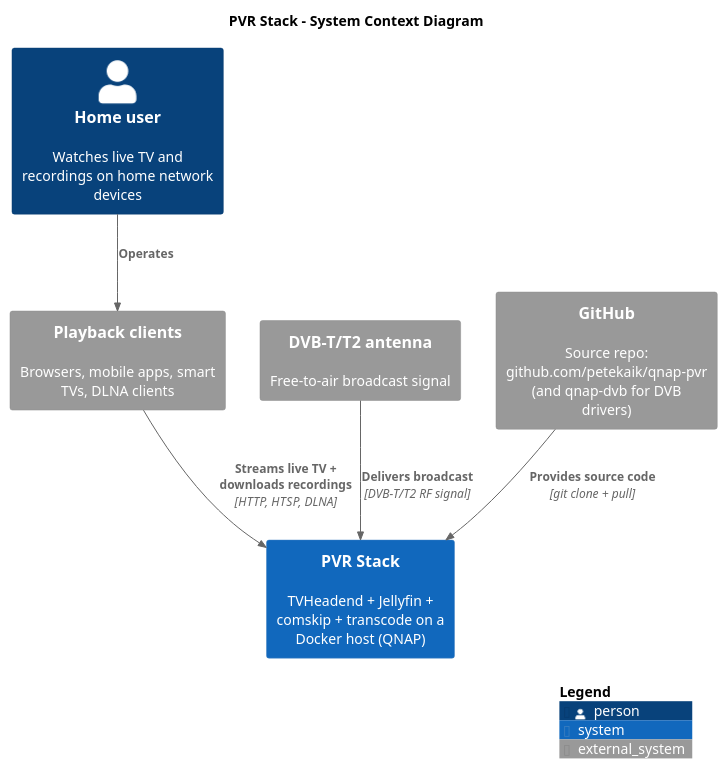
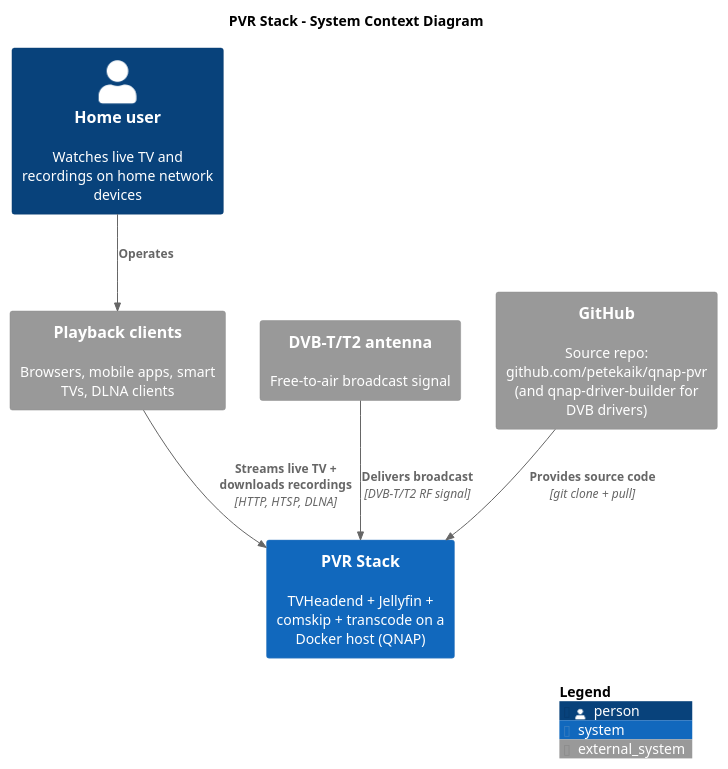
One commit to petekaik/qnap-pvr changed the diagram in docs/diagrams/c4-context.puml. Above: the diagram before and after it, drawn with PlantUML. The commit also changed 26 other files, not shown here.

```diff
--- a/docs/diagrams/c4-context.puml
+++ b/docs/diagrams/c4-context.puml
@@ -1,23 +1,23 @@
 @startuml C4_Context_PVR
 !include https://raw.githubusercontent.com/plantuml-stdlib/C4-PlantUML/master/C4_Context.puml
 
 LAYOUT_WITH_LEGEND()
 
 title PVR Stack - System Context Diagram
 
 Person(user, "Home user", "Watches live TV and recordings on home network devices")
 
 System(pvr, "PVR Stack", "TVHeadend + Jellyfin + comskip + transcode on a Docker host (QNAP)")
 
 System_Ext(antenna, "DVB-T/T2 antenna", "Free-to-air broadcast signal")
 System_Ext(clients, "Playback clients", "Browsers, mobile apps, smart TVs, DLNA clients")
-System_Ext(github, "GitHub", "Source repo: github.com/petekaik/qnap-pvr (and qnap-dvb for DVB drivers)")
+System_Ext(github, "GitHub", "Source repo: github.com/petekaik/qnap-pvr (and qnap-driver-builder for DVB drivers)")
 
 Rel(antenna, pvr, "Delivers broadcast", "DVB-T/T2 RF signal")
 Rel(user, clients, "Operates")
 Rel(clients, pvr, "Streams live TV + downloads recordings", "HTTP, HTSP, DLNA")
 Rel(github, pvr, "Provides source code", "git clone + pull")
 
 SHOW_LEGEND()
 
 @enduml
```
